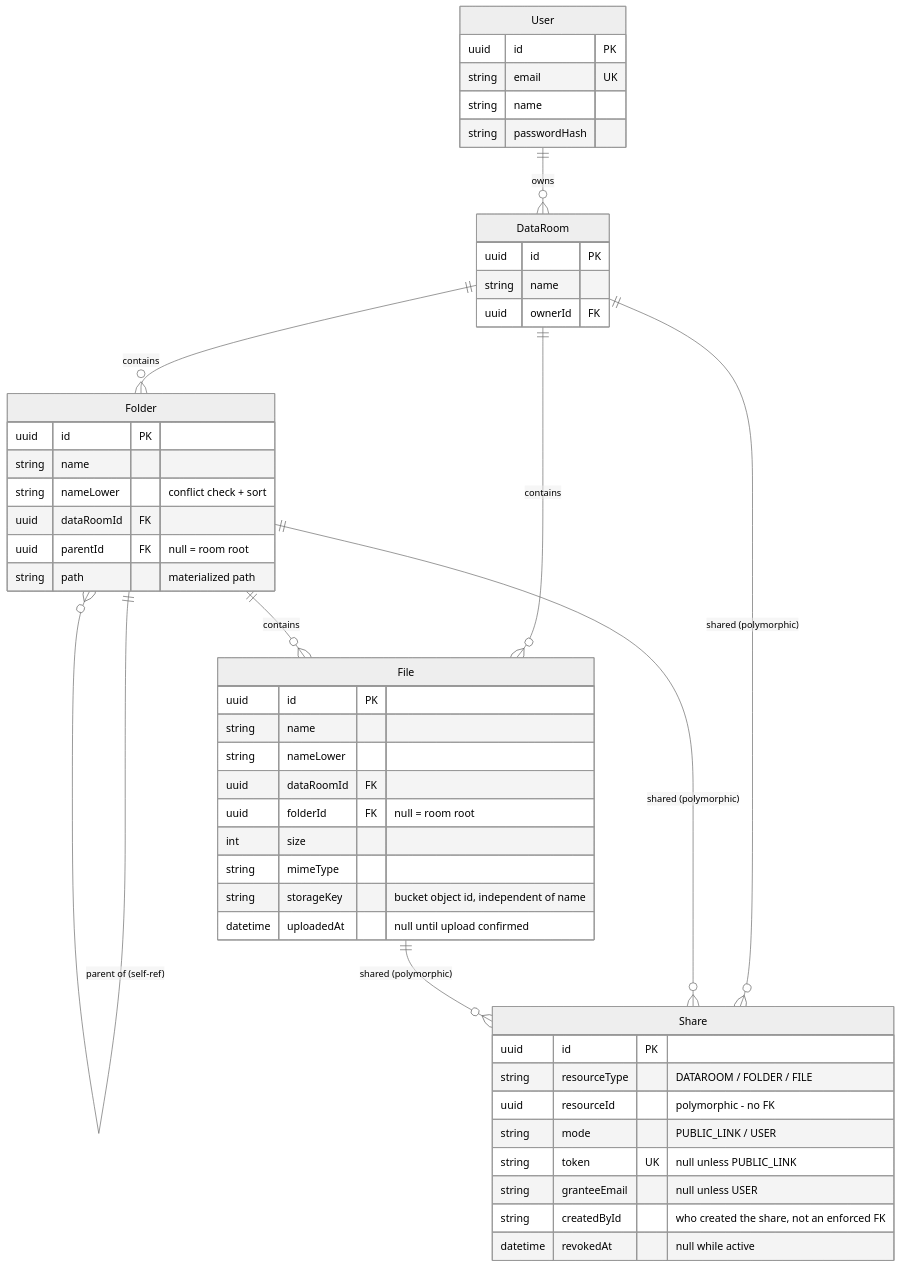
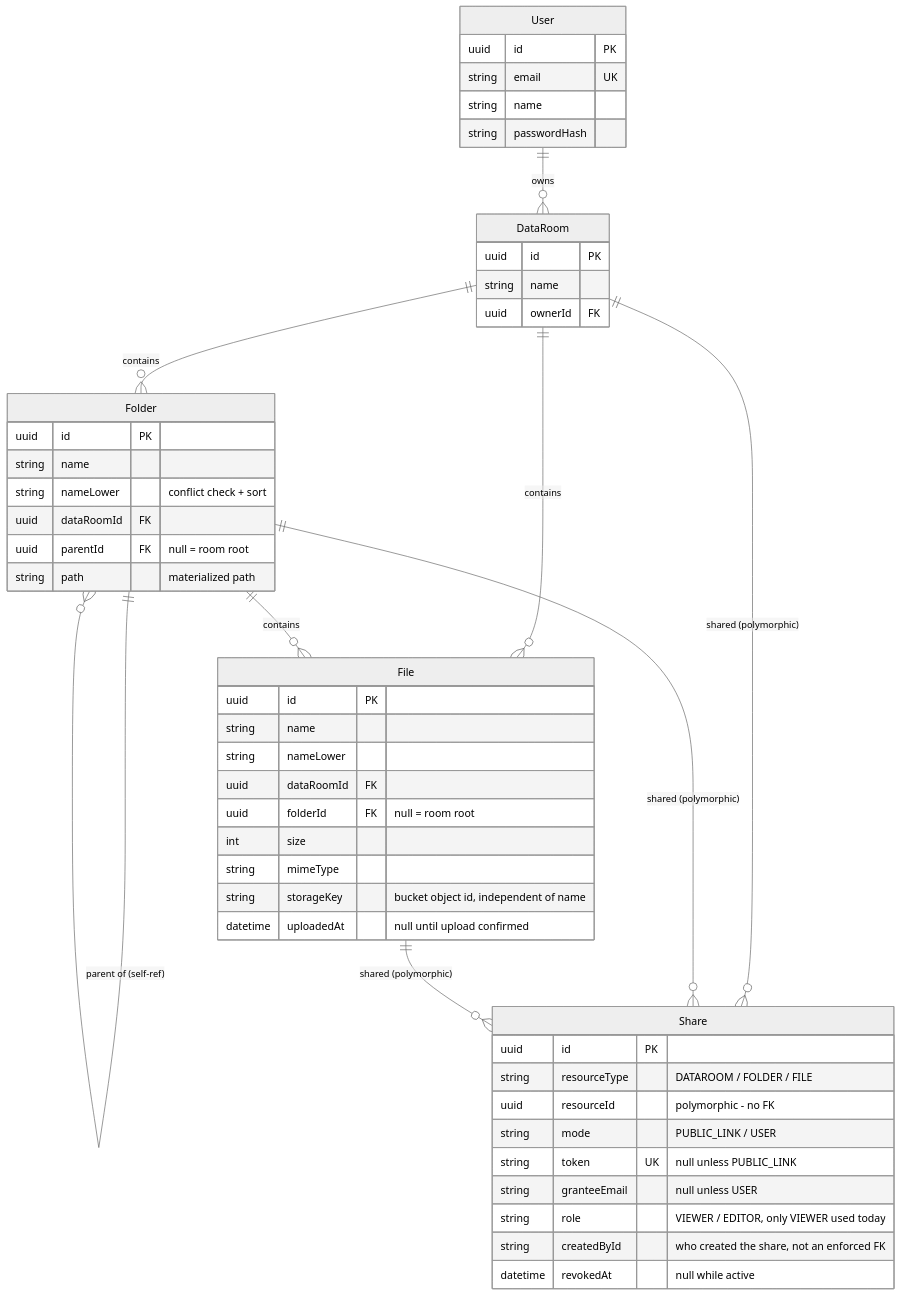
The diagram in README.md (evo9/virtual-data-room), drawn with Mermaid (neutral theme) before and after one commit. The commit also changed other lines of this file and 2 other files, not shown here.

````diff
--- a/README.md
+++ b/README.md
@@ -93,52 +93,53 @@
 ```mermaid
 erDiagram
     User ||--o{ DataRoom : owns
     DataRoom ||--o{ Folder : contains
     DataRoom ||--o{ File : contains
     Folder ||--o{ Folder : "parent of (self-ref)"
     Folder ||--o{ File : contains
     DataRoom ||--o{ Share : "shared (polymorphic)"
     Folder ||--o{ Share : "shared (polymorphic)"
     File ||--o{ Share : "shared (polymorphic)"
 
     User {
         uuid id PK
         string email UK
         string name
         string passwordHash
     }
     DataRoom {
         uuid id PK
         string name
         uuid ownerId FK
     }
     Folder {
         uuid id PK
         string name
         string nameLower "conflict check + sort"
         uuid dataRoomId FK
         uuid parentId FK "null = room root"
         string path "materialized path"
     }
     File {
         uuid id PK
         string name
         string nameLower
         uuid dataRoomId FK
         uuid folderId FK "null = room root"
         int size
         string mimeType
         string storageKey "bucket object id, independent of name"
         datetime uploadedAt "null until upload confirmed"
     }
     Share {
         uuid id PK
         string resourceType "DATAROOM / FOLDER / FILE"
         uuid resourceId "polymorphic - no FK"
         string mode "PUBLIC_LINK / USER"
         string token UK "null unless PUBLIC_LINK"
         string granteeEmail "null unless USER"
+        string role "VIEWER / EDITOR, only VIEWER used today"
         string createdById "who created the share, not an enforced FK"
         datetime revokedAt "null while active"
     }
 ```
````
